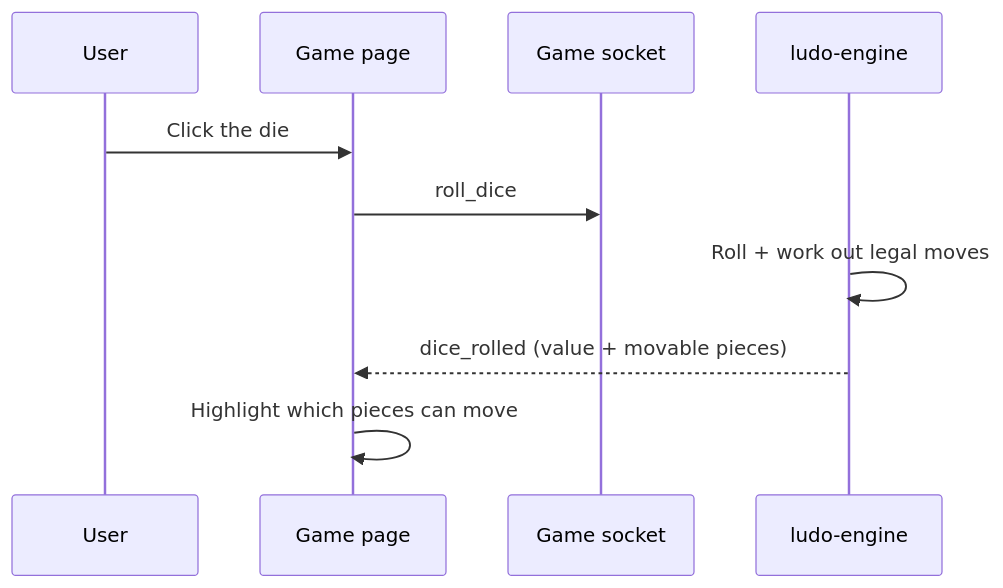
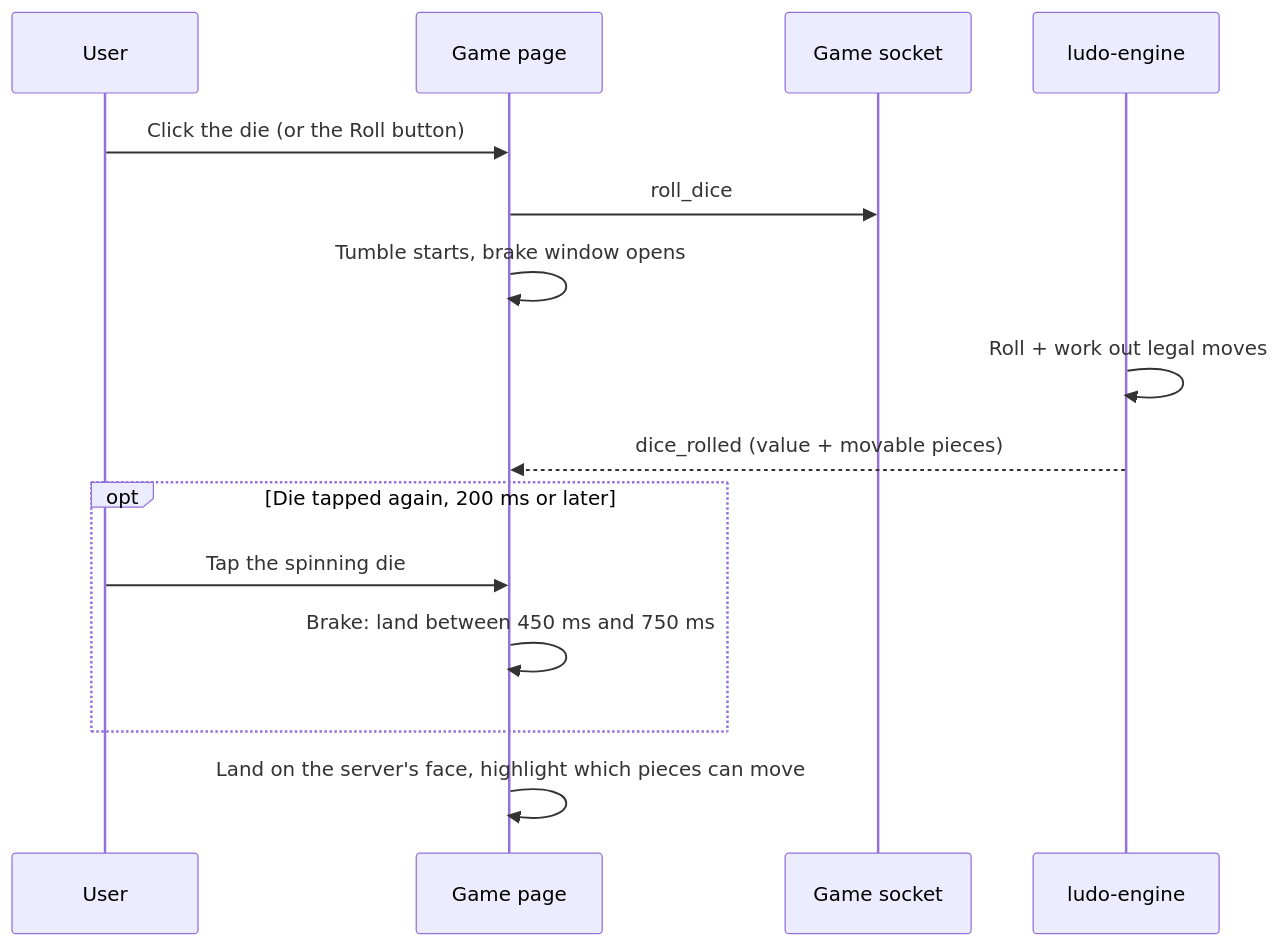
The second of 3 diagrams in docs/frontend/frontend-game-module.md (IrmaJoKerr/ft_transcendence-ludo), drawn with Mermaid before and after one commit. The commit also changed other lines of this file and 4 other files, not shown here.

Commit message:
feature(frontend): a tap on the spinning die brakes the roll into 450-750ms and never changes the face; the tumble accelerates and settles on the neighbouring face. Docs: updated to match.

````diff
--- a/docs/frontend/frontend-game-module.md
+++ b/docs/frontend/frontend-game-module.md
@@ -133,13 +134,18 @@
 ```mermaid
 sequenceDiagram
     participant User
     participant Game as Game page
     participant Socket as Game socket
     participant Engine as ludo-engine
 
-    User->>Game: Click the die
+    User->>Game: Click the die (or the Roll button)
     Game->>Socket: roll_dice
+    Game->>Game: Tumble starts, brake window opens
     Engine->>Engine: Roll + work out legal moves
     Engine-->>Game: dice_rolled (value + movable pieces)
-    Game->>Game: Highlight which pieces can move
+    opt Die tapped again, 200 ms or later
+        User->>Game: Tap the spinning die
+        Game->>Game: Brake: land between 450 ms and 750 ms
+    end
+    Game->>Game: Land on the server's face, highlight which pieces can move
 ```
````
